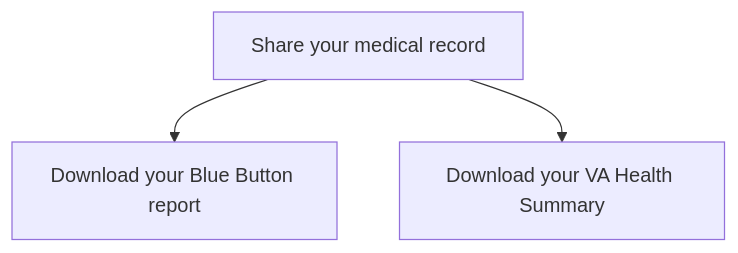
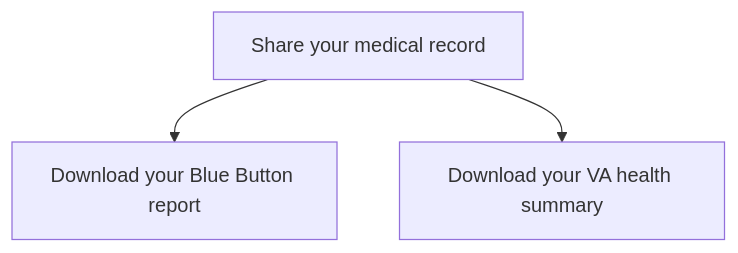
The diagram in products/health-care/digital-health-modernization/mhv-to-va.gov/medical-records/data-domains/downloadable-reports/downloadable-reports.md (department-of-veterans-affairs/va.gov-team), drawn with Mermaid before and after one commit. The commit also changed other lines of this file, not shown here.

````diff
--- a/products/health-care/digital-health-modernization/mhv-to-va.gov/medical-records/data-domains/downloadable-reports/downloadable-reports.md
+++ b/products/health-care/digital-health-modernization/mhv-to-va.gov/medical-records/data-domains/downloadable-reports/downloadable-reports.md
@@ -57,5 +62,5 @@
 ```mermaid
 flowchart TB;
     A[Share your medical record]-->B[Download your Blue Button report];
-    A[Share your medical record]-->C[Download your VA Health Summary];
+    A[Share your medical record]-->C[Download your VA health summary];
 ```
````
